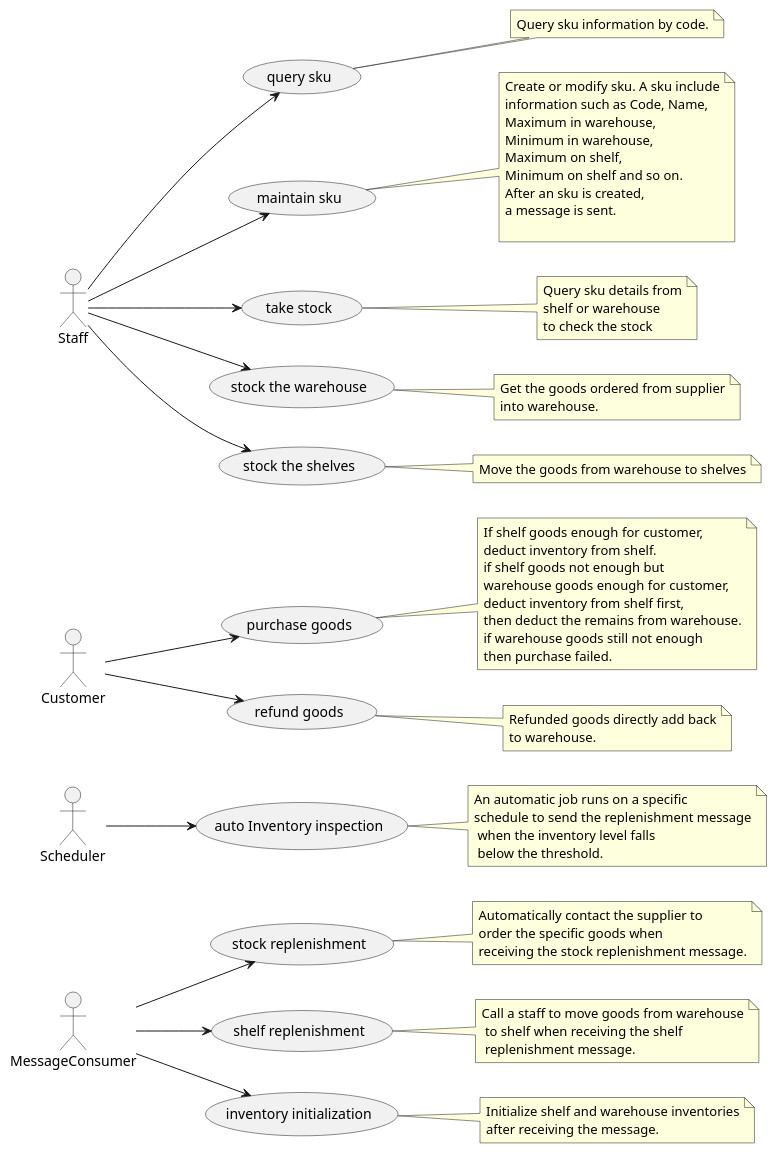
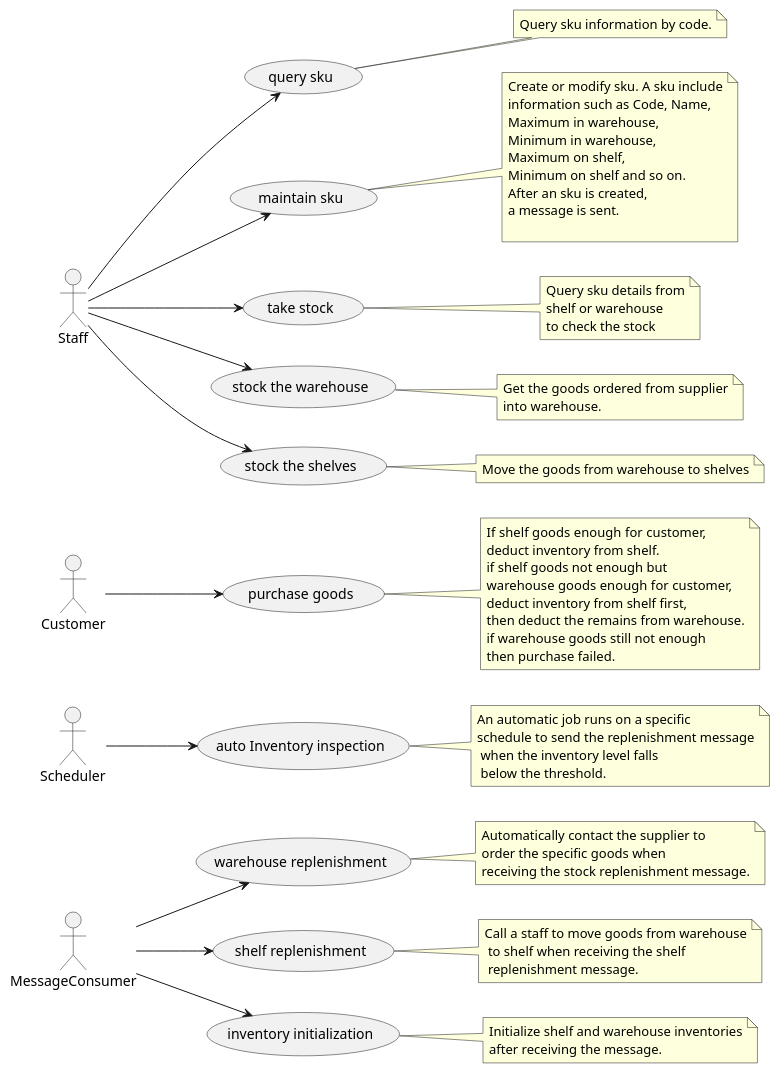
One commit to Jeromefromcn/JavaFinalProject8020 changed the diagram in uml/1. use case.puml. Above: the diagram before and after it, drawn with PlantUML. The commit also changed 7 other files, not shown here.

```diff
--- a/uml/1. use case.puml
+++ b/uml/1. use case.puml
@@ -1,98 +1,98 @@
 @startuml
 left to right direction
 
 actor "MessageConsumer" as mc
 actor "Scheduler" as sch
 actor "Customer" as cus
 actor "Staff" as sta
 
 (query sku) as query
     note right of query
     Query sku information by code.
     end note
 (maintain sku) as maintain
     note right of maintain
     Create or modify sku. A sku include
     information such as Code, Name,
     Maximum in warehouse,
     Minimum in warehouse,
     Maximum on shelf,
     Minimum on shelf and so on.
     After an sku is created,
     a message is sent.
 
     end note
 (take stock) as tast
     note right of tast
     Query sku details from
     shelf or warehouse
     to check the stock
     end note
 (stock the warehouse) as sw
     note right of sw
     Get the goods ordered from supplier
     into warehouse.
     end note
 (stock the shelves) as sts
     note right of sts
     Move the goods from warehouse to shelves
     end note
 
 sta --> query
 sta --> maintain
 sta --> tast
 sta --> sw
 sta --> sts
 
 (purchase goods) as buy
     note right of buy
     If shelf goods enough for customer,
     deduct inventory from shelf.
     if shelf goods not enough but
     warehouse goods enough for customer,
     deduct inventory from shelf first,
     then deduct the remains from warehouse.
     if warehouse goods still not enough
     then purchase failed.
     end note
-(refund goods) as refund
-    note right of refund
-    Refunded goods directly add back
-    to warehouse.
-    end note
+'(refund goods) as refund
+'    note right of refund
+'    Refunded goods directly add back
+'    to warehouse.
+'    end note
 
 cus --> buy
-cus --> refund
+'cus --> refund
 
 (auto Inventory inspection) as auin
     note right of auin
     An automatic job runs on a specific
     schedule to send the replenishment message
      when the inventory level falls
      below the threshold.
     end note
 
 sch --> auin
 
-(stock replenishment) as stre
+(warehouse replenishment) as stre
     note right of stre
     Automatically contact the supplier to
     order the specific goods when
     receiving the stock replenishment message.
     end note
 (shelf replenishment) as shre
     note right of shre
     Call a staff to move goods from warehouse
      to shelf when receiving the shelf
      replenishment message.
     end note
 (inventory initialization) as ii
     note right of ii
     Initialize shelf and warehouse inventories
     after receiving the message.
     end note
 
 mc --> stre
 mc --> shre
 mc --> ii
 @enduml
```
